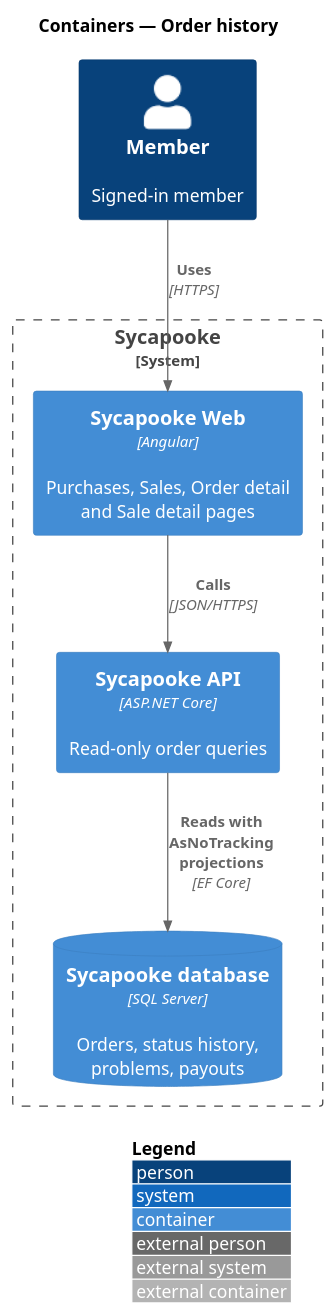
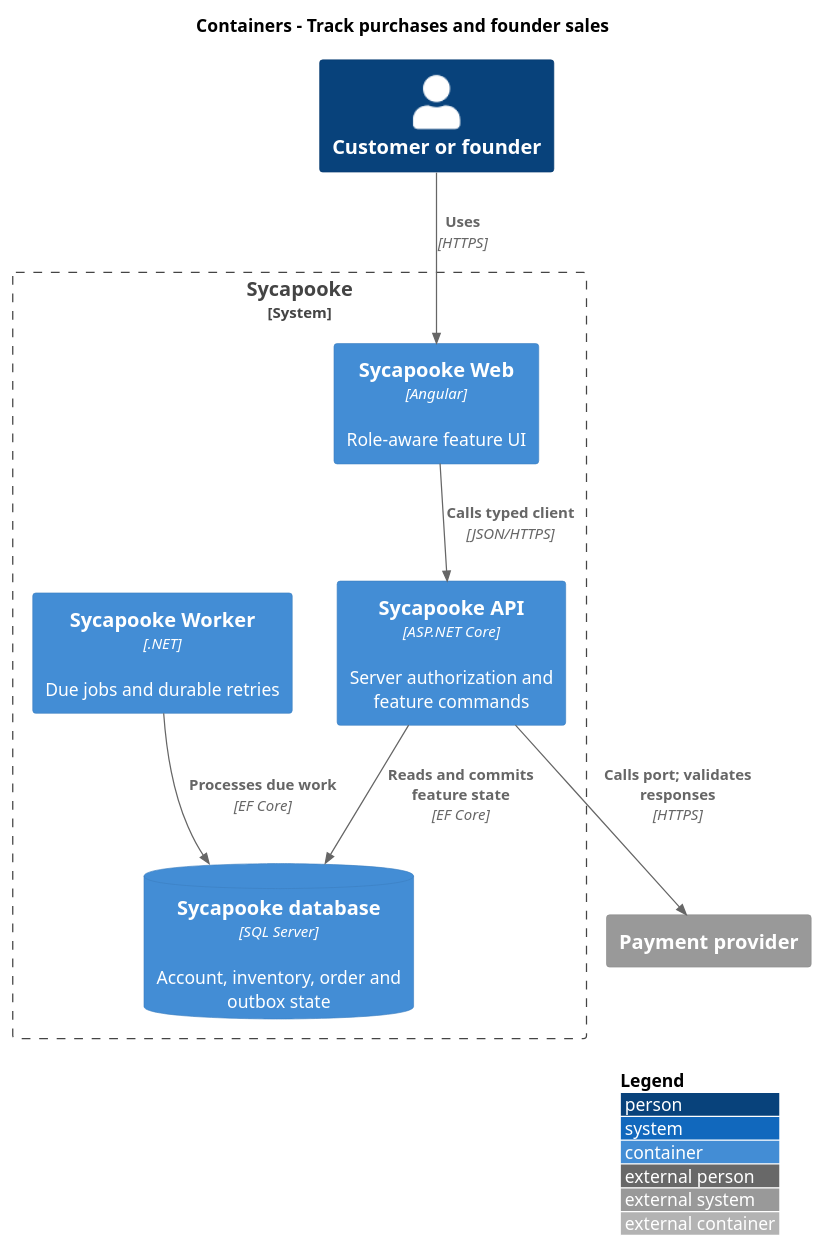
Before and after one commit to QuinntyneBrown/sycapooke: the diagram in docs/detailed-designs/orders/order-history/diagrams/c4-container.puml, drawn with PlantUML. The commit also changed 860 other files, not shown here.

First line of the commit message:
Align detailed designs and estimates with the founder-only shop

```diff
--- a/docs/detailed-designs/orders/order-history/diagrams/c4-container.puml
+++ b/docs/detailed-designs/orders/order-history/diagrams/c4-container.puml
@@ -1,15 +1,18 @@
 @startuml
 !include <C4/C4_Container>
 LAYOUT_WITH_LEGEND()
-title Containers — Order history
-
-Person(member, "Member", "Signed-in member")
-System_Boundary(sycapooke, "Sycapooke") {
-  Container(web, "Sycapooke Web", "Angular", "Purchases, Sales, Order detail and Sale detail pages")
-  Container(api, "Sycapooke API", "ASP.NET Core", "Read-only order queries")
-  ContainerDb(db, "Sycapooke database", "SQL Server", "Orders, status history, problems, payouts")
+title Containers - Track purchases and founder sales
+Person(user, "Customer or founder")
+System_Boundary(shop, "Sycapooke") {
+  Container(web, "Sycapooke Web", "Angular", "Role-aware feature UI")
+  Container(api, "Sycapooke API", "ASP.NET Core", "Server authorization and feature commands")
+  Container(worker, "Sycapooke Worker", ".NET", "Due jobs and durable retries")
+  ContainerDb(db, "Sycapooke database", "SQL Server", "Account, inventory, order and outbox state")
 }
-Rel(member, web, "Uses", "HTTPS")
-Rel(web, api, "Calls", "JSON/HTTPS")
-Rel(api, db, "Reads with AsNoTracking projections", "EF Core")
+Rel(user, web, "Uses", "HTTPS")
+Rel(web, api, "Calls typed client", "JSON/HTTPS")
+Rel(api, db, "Reads and commits feature state", "EF Core")
+Rel(worker, db, "Processes due work", "EF Core")
+System_Ext(provider, "Payment provider")
+Rel(api, provider, "Calls port; validates responses", "HTTPS")
 @enduml
```
